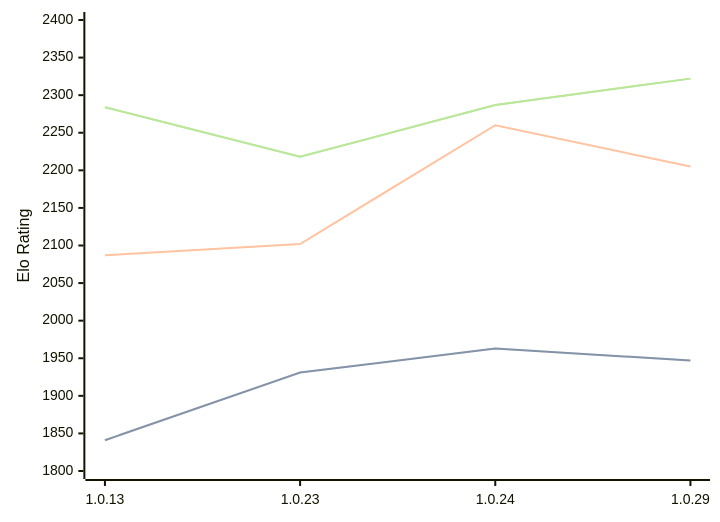
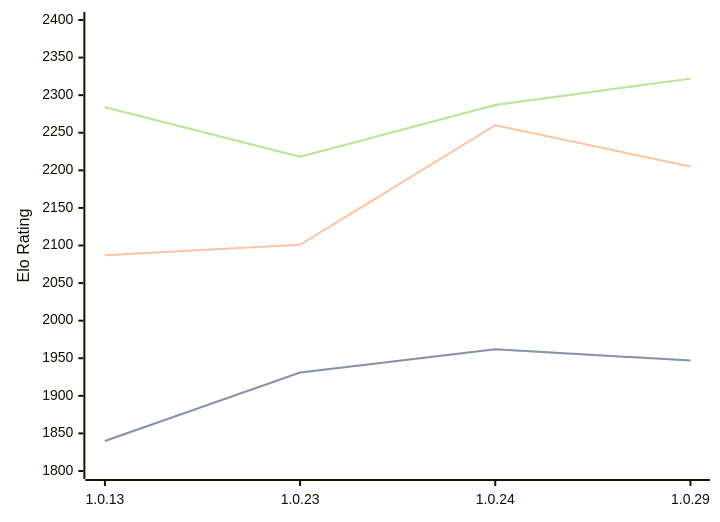
One commit to computer-chess-index/cci changed the diagram in engines/RustyRival.md. Above: the diagram before and after it, drawn with Mermaid. The commit also changed other lines of this file, not shown here.

````diff
--- a/engines/RustyRival.md
+++ b/engines/RustyRival.md
@@ -54,11 +54,11 @@
 ```mermaid
 %%{init: {"theme":"base","themeVariables":{"seriesColors:['#a3a3a3','#222221','#faa371']}}}%%
 xychart-beta
   x-axis ["1.0.13", "1.0.23", "1.0.24", "1.0.29"]
   y-axis "Elo Rating" 1800 --> 2400
-  line "STC (8.0+0.08s)" [1841, 1931, 1963, 1947]
-  line "STC (8.0+0.08s)" [1841, 1931, 1963, 1947]
-  line "LTC (60.0+0.60s)" [2087, 2102, 2260, 2205]
+  line "STC (8.0+0.08s)" [1840, 1931, 1962, 1947]
+  line "STC (8.0+0.08s)" [1840, 1931, 1962, 1947]
+  line "LTC (60.0+0.60s)" [2087, 2101, 2260, 2205]
   line "VLTC (2m24s+1.12s)" [2284, 2218, 2287, 2322]
   line "VLTC (2m24s+1.12s)" [2284, 2218, 2287, 2322]
 ```
````
